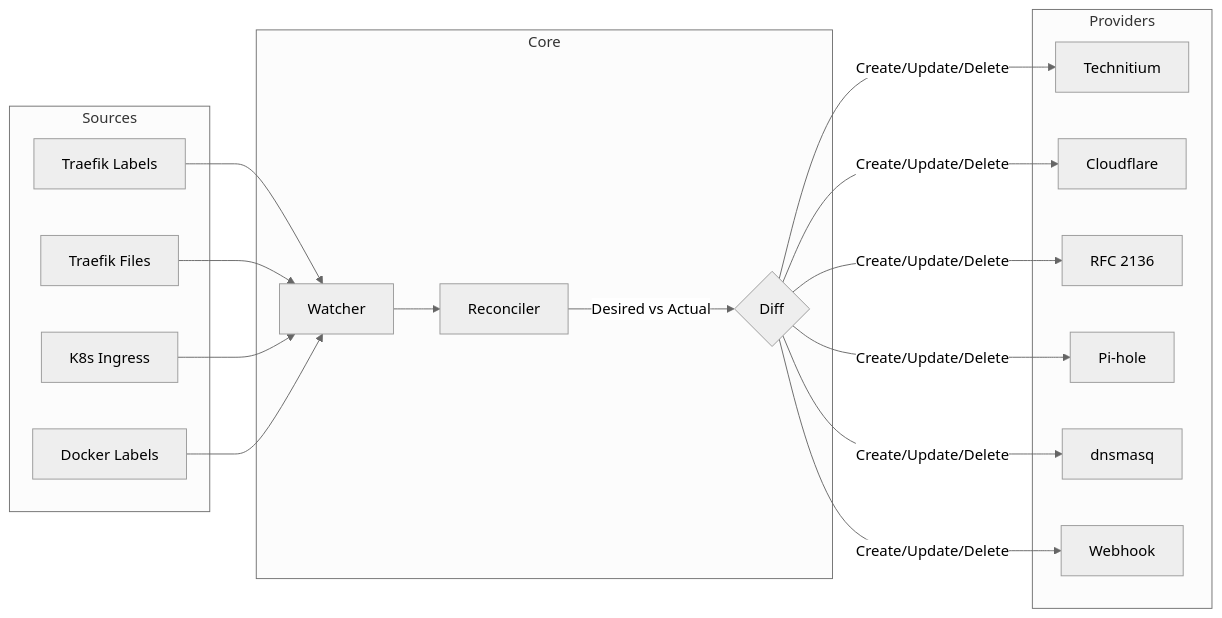
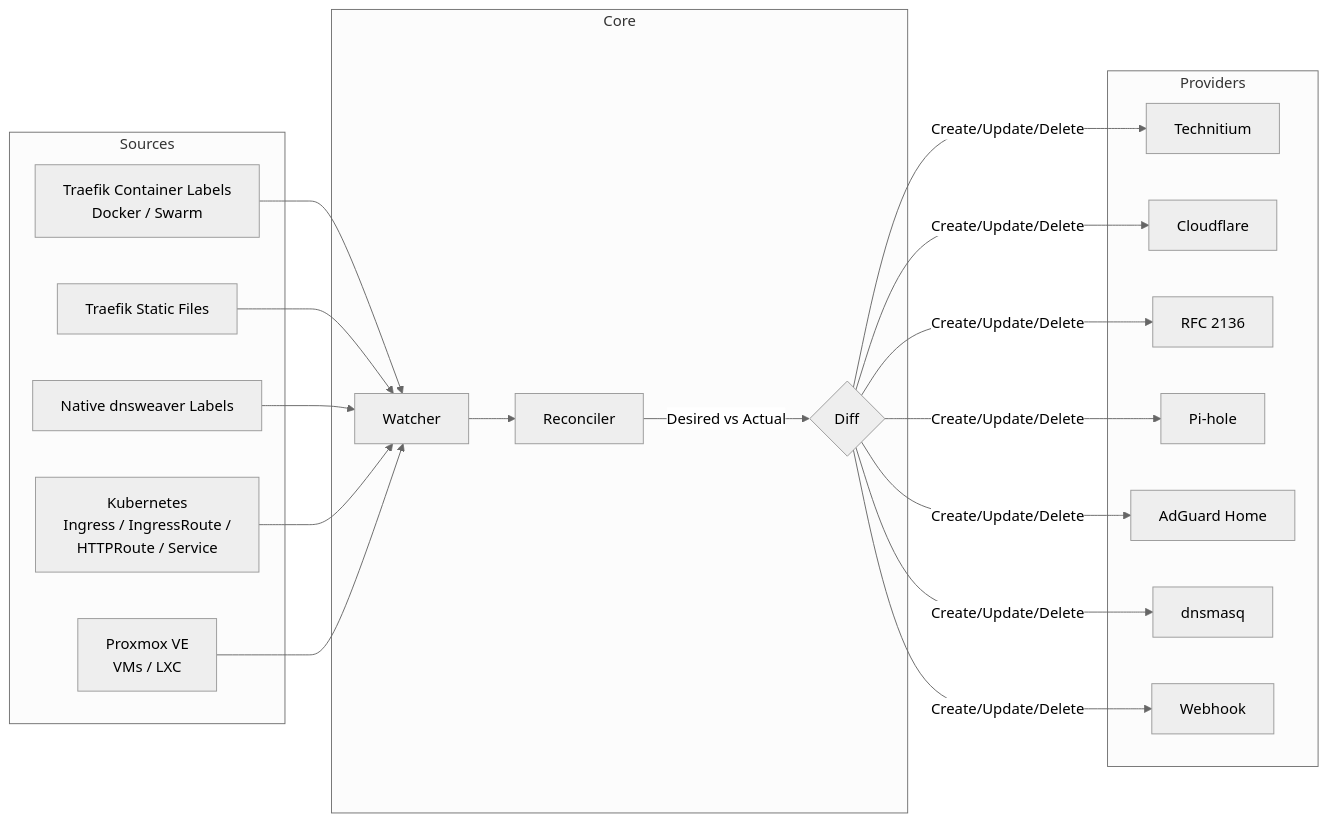
The diagram in docs/contributing/architecture.md (AnotherGenZ/dnsweaver), drawn with Mermaid (neutral theme) before and after one commit. The commit also changed other lines of this file and 13 other files, not shown here.

````diff
--- a/docs/contributing/architecture.md
+++ b/docs/contributing/architecture.md
@@ -9,26 +9,28 @@
 ```mermaid
 graph LR
     subgraph Sources
-        S1[Traefik Labels]
-        S2[Traefik Files]
-        S3[K8s Ingress]
-        S4[Docker Labels]
+        S1[Traefik Container Labels<br/>Docker / Swarm]
+        S2[Traefik Static Files]
+        S3[Native dnsweaver Labels]
+        S4[Kubernetes<br/>Ingress / IngressRoute /<br/>HTTPRoute / Service]
+        S5[Proxmox VE<br/>VMs / LXC]
     end
 
     subgraph Core
         W[Watcher] --> R[Reconciler]
         R --> |Desired vs Actual| D{Diff}
     end
 
     subgraph Providers
         P1[Technitium]
         P2[Cloudflare]
         P3[RFC 2136]
         P4[Pi-hole]
-        P5[dnsmasq]
-        P6[Webhook]
+        P5[AdGuard Home]
+        P6[dnsmasq]
+        P7[Webhook]
     end
 
-    S1 & S2 & S3 & S4 --> W
-    D --> |Create/Update/Delete| P1 & P2 & P3 & P4 & P5 & P6
+    S1 & S2 & S3 & S4 & S5 --> W
+    D --> |Create/Update/Delete| P1 & P2 & P3 & P4 & P5 & P6 & P7
 ```
````
